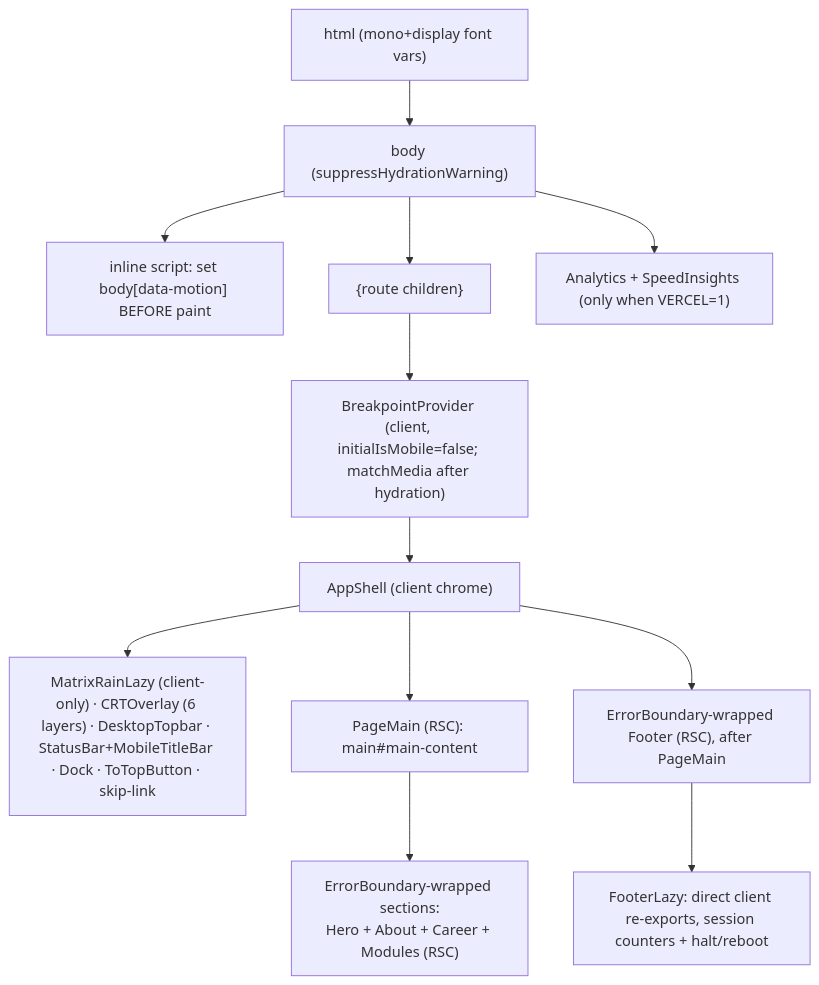
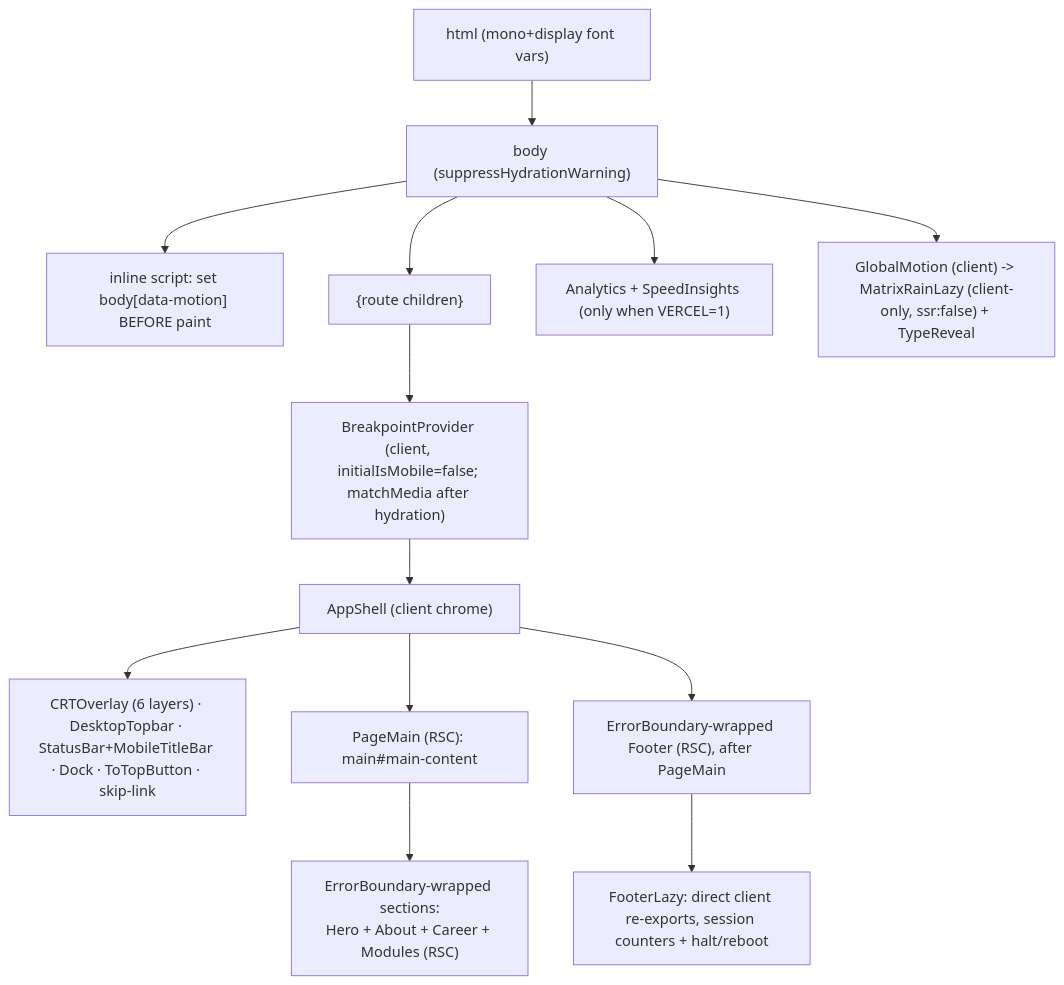
The second of 6 diagrams in docs/03-rendering-and-data-flow.md (erikunha/portfolio), drawn with Mermaid before and after one commit. The commit also changed other lines of this file and 26 other files, not shown here.

First line of the commit message:
docs(sync): re-sync docs and mermaid diagrams to the redesigned chrome

````diff
--- a/docs/03-rendering-and-data-flow.md
+++ b/docs/03-rendering-and-data-flow.md
@@ -54,14 +54,15 @@
 ```mermaid
 flowchart TD
     html["html (mono+display font vars)"] --> body["body (suppressHydrationWarning)"]
     body --> boot["inline script: set body[data-motion] BEFORE paint"]
     body --> children["{route children}"]
     body --> rum["Analytics + SpeedInsights (only when VERCEL=1)"]
+    body --> gm["GlobalMotion (client) -> MatrixRainLazy (client-only, ssr:false) + TypeReveal"]
     children --> bp["BreakpointProvider (client, initialIsMobile=false; matchMedia after hydration)"]
     bp --> appshell["AppShell (client chrome)"]
-    appshell --> chrome["MatrixRainLazy (client-only) · CRTOverlay (6 layers) · DesktopTopbar · StatusBar+MobileTitleBar · Dock · ToTopButton · skip-link"]
+    appshell --> chrome["CRTOverlay (6 layers) · DesktopTopbar · StatusBar+MobileTitleBar · Dock · ToTopButton · skip-link"]
     appshell --> main["PageMain (RSC): main#main-content"]
     main --> secs["ErrorBoundary-wrapped sections:<br/>Hero + About + Career + Modules (RSC)"]
     appshell --> footer["ErrorBoundary-wrapped Footer (RSC), after PageMain"]
     footer --> footerIslands["FooterLazy: direct client re-exports, session counters + halt/reboot"]
 ```
````
